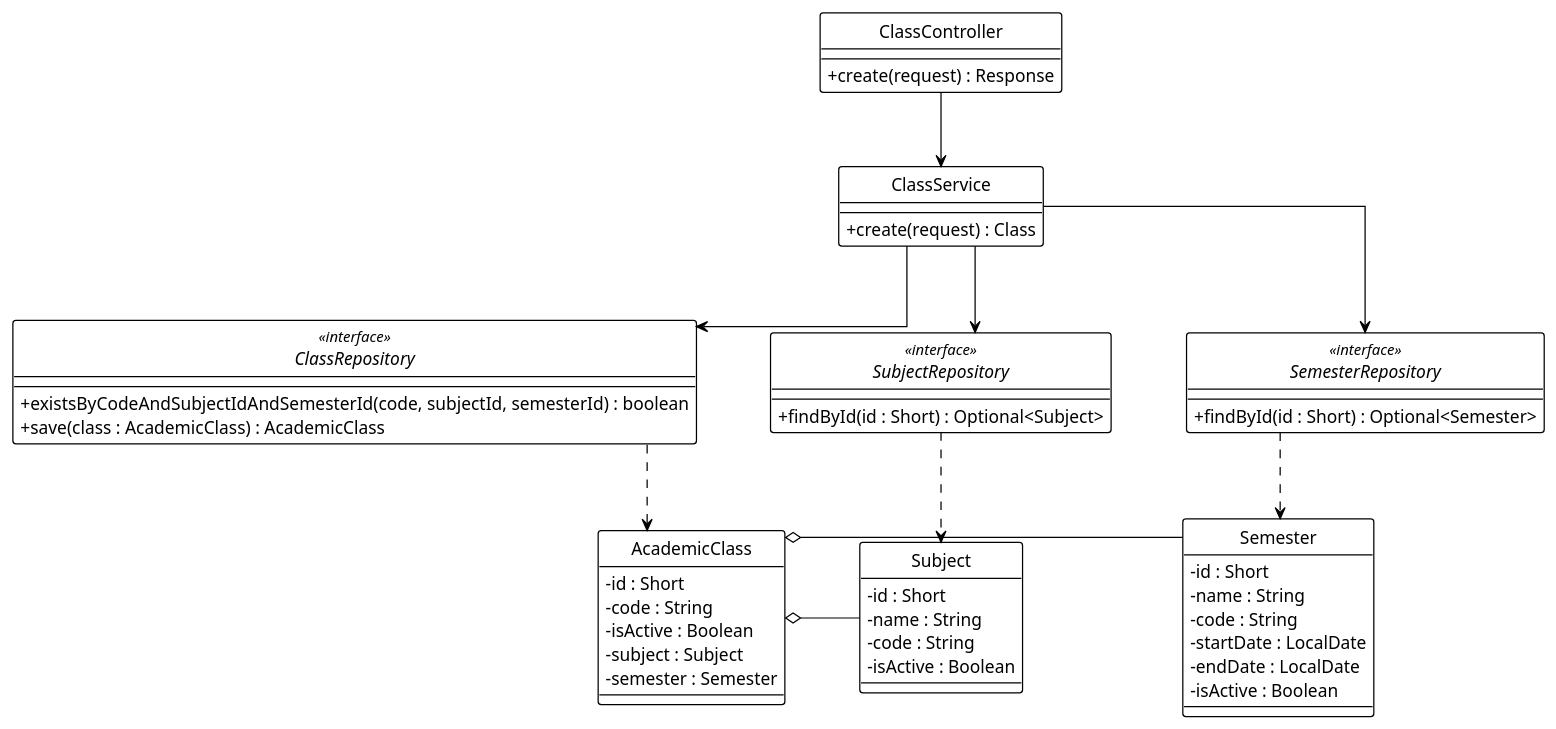
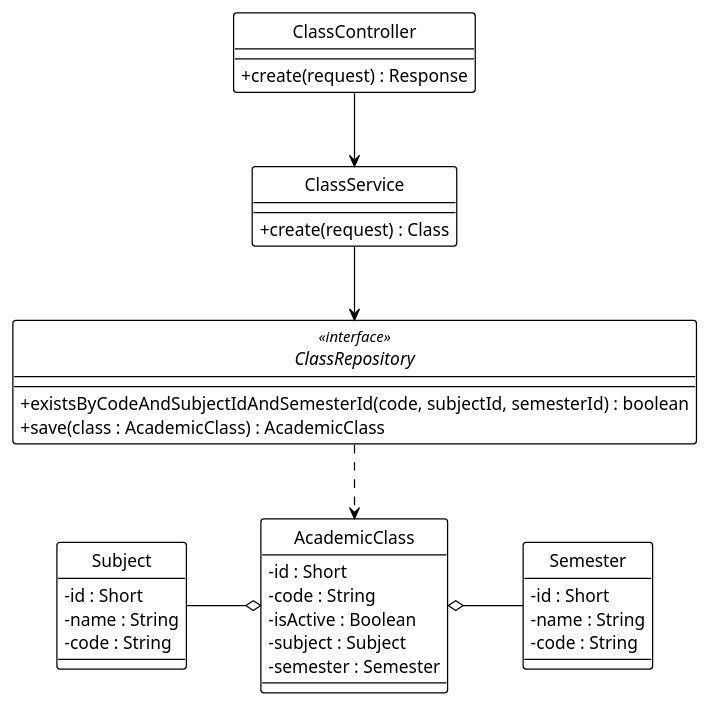
One commit to Ndh474/context changed the diagram in system_detailed_design/25_create_class/class_diagram_create_class.puml. Above: the diagram before and after it, drawn with PlantUML. The commit also changed 17 other files, not shown here.

```diff
--- a/system_detailed_design/25_create_class/class_diagram_create_class.puml
+++ b/system_detailed_design/25_create_class/class_diagram_create_class.puml
@@ -1,75 +1,59 @@
 @startuml create_class
 !theme plain
 hide circle
 skinparam classAttributeIconSize 0
 
 ' --- CẤU HÌNH "ORTHO" (BẮT BUỘC) ---
 skinparam linetype ortho
 skinparam nodesep 60
 skinparam ranksep 60
 
 ' --- CONTROLLER ---
 class ClassController {
   + create(request) : Response
 }
 
 ' --- SERVICE ---
 class ClassService {
   + create(request) : Class
 }
 
 ' --- REPOSITORY ---
 interface ClassRepository <<interface>> {
   + existsByCodeAndSubjectIdAndSemesterId(code, subjectId, semesterId) : boolean
   + save(class : AcademicClass) : AcademicClass
 }
 
-interface SubjectRepository <<interface>> {
-  + findById(id : Short) : Optional<Subject>
-}
-
-interface SemesterRepository <<interface>> {
-  + findById(id : Short) : Optional<Semester>
-}
-
 ' --- ENTITIES ---
 class AcademicClass {
   - id : Short
   - code : String
   - isActive : Boolean
   - subject : Subject
   - semester : Semester
 }
 
 class Subject {
   - id : Short
   - name : String
   - code : String
-  - isActive : Boolean
 }
 
 class Semester {
   - id : Short
   - name : String
   - code : String
-  - startDate : LocalDate
-  - endDate : LocalDate
-  - isActive : Boolean
 }
 
 ' --- DEPENDENCY INJECTION (Association) ---
 ClassController -down-> ClassService
 ClassService -down-> ClassRepository
-ClassService -down-> SubjectRepository
-ClassService -down-> SemesterRepository
 
 ' --- REPOSITORY USAGE (Dependency) ---
 ClassRepository .down.> AcademicClass
-SubjectRepository .down.> Subject
-SemesterRepository .down.> Semester
 
 ' --- ENTITY RELATIONSHIPS (Aggregation) ---
-AcademicClass o-right- Subject
+AcademicClass o-left- Subject
 AcademicClass o-right- Semester
 
 @enduml
```
